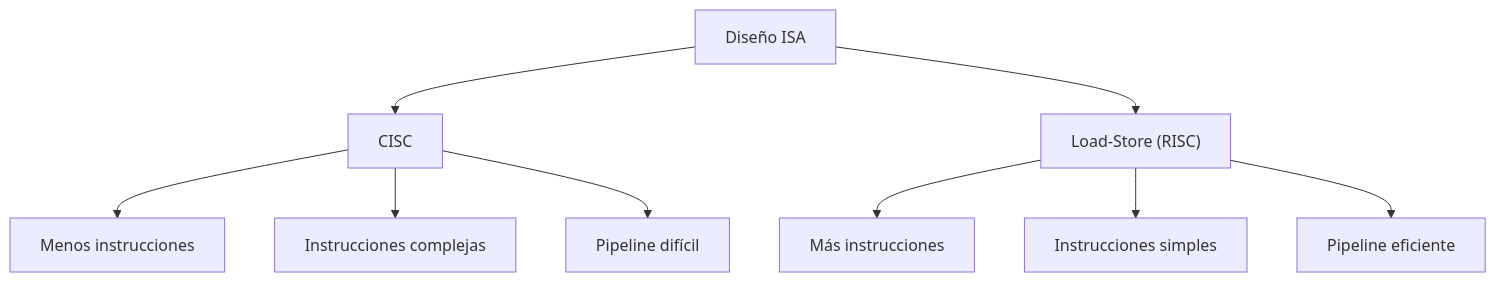
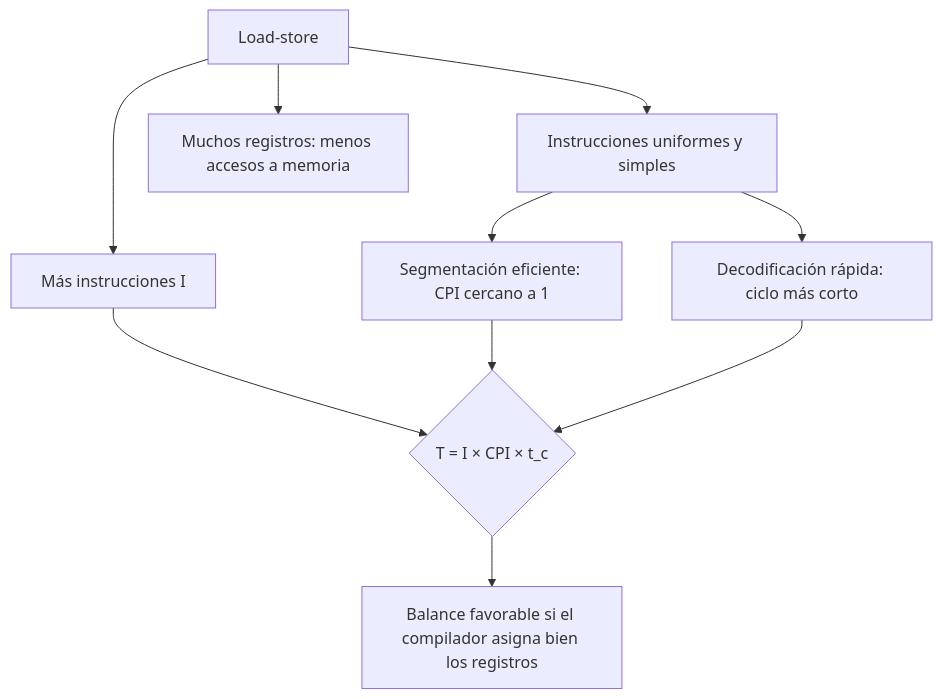
Before and after one commit to djaimej/computer-science-template: the diagram in public/documents/semester-4/4/4452.md, drawn with Mermaid. The commit also changed other lines of this file and 4 other files, not shown here.

````diff
--- a/public/documents/semester-4/4/4452.md
+++ b/public/documents/semester-4/4/4452.md
@@ -90,13 +40,12 @@
 ```mermaid
-graph TD
-    A[Diseño ISA] --> B[CISC]
-    A --> C["Load-Store (RISC)"]
-    B --> D[Menos instrucciones]
-    B --> E[Instrucciones complejas]
-    B --> F[Pipeline difícil]
-    C --> G[Más instrucciones]
-    C --> H[Instrucciones simples]
-    C --> I[Pipeline eficiente]
-
-    A:::accent
+flowchart TD
+    A["Load-store"] --> B["Más instrucciones I"]
+    A --> C["Instrucciones uniformes y simples"]
+    C --> D["Segmentación eficiente: CPI cercano a 1"]
+    C --> E["Decodificación rápida: ciclo más corto"]
+    A --> F["Muchos registros: menos accesos a memoria"]
+    B --> G{"T = I × CPI × t_c"}
+    D --> G
+    E --> G
+    G --> H["Balance favorable si el compilador asigna bien los registros"]
 ```
````
